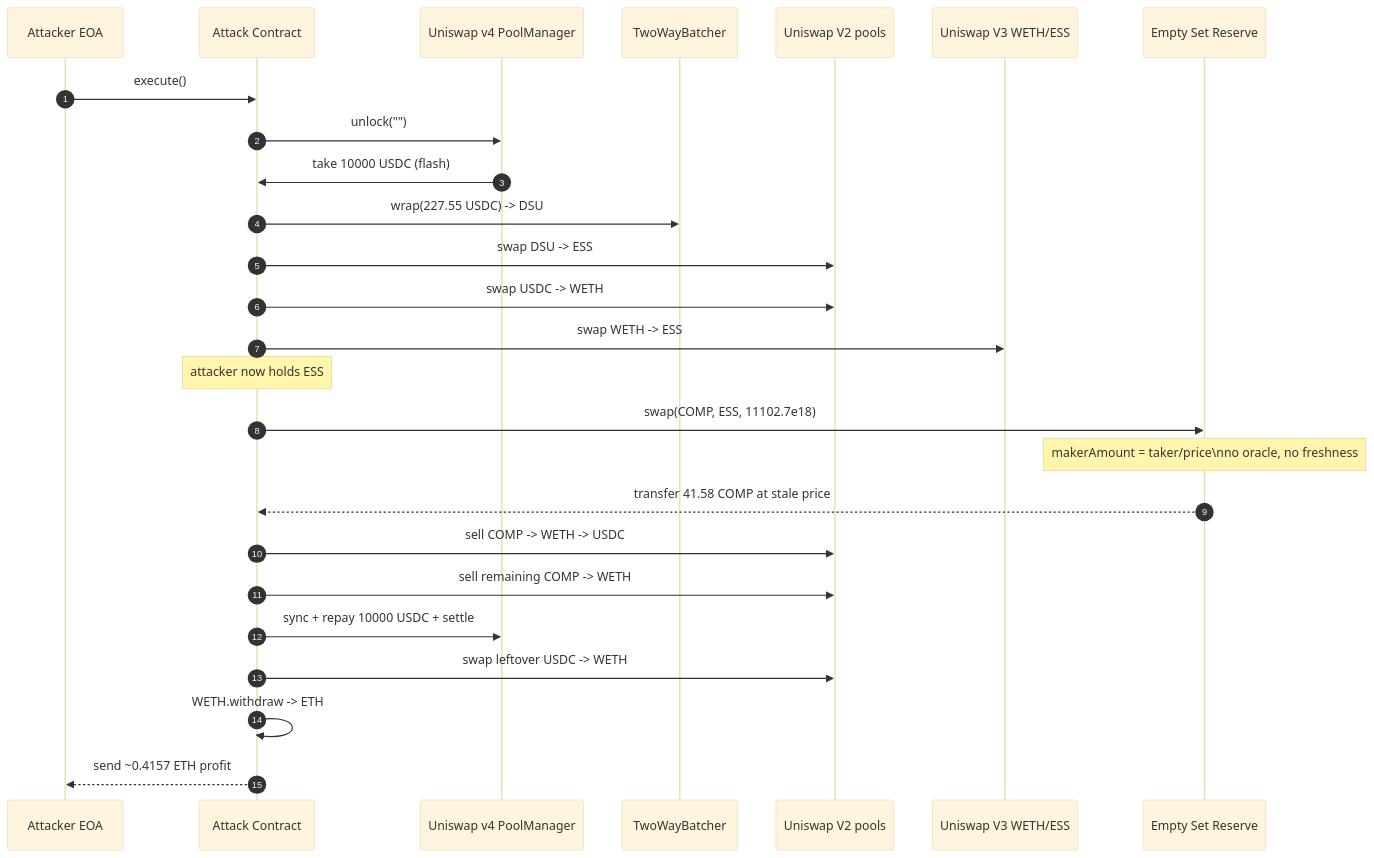
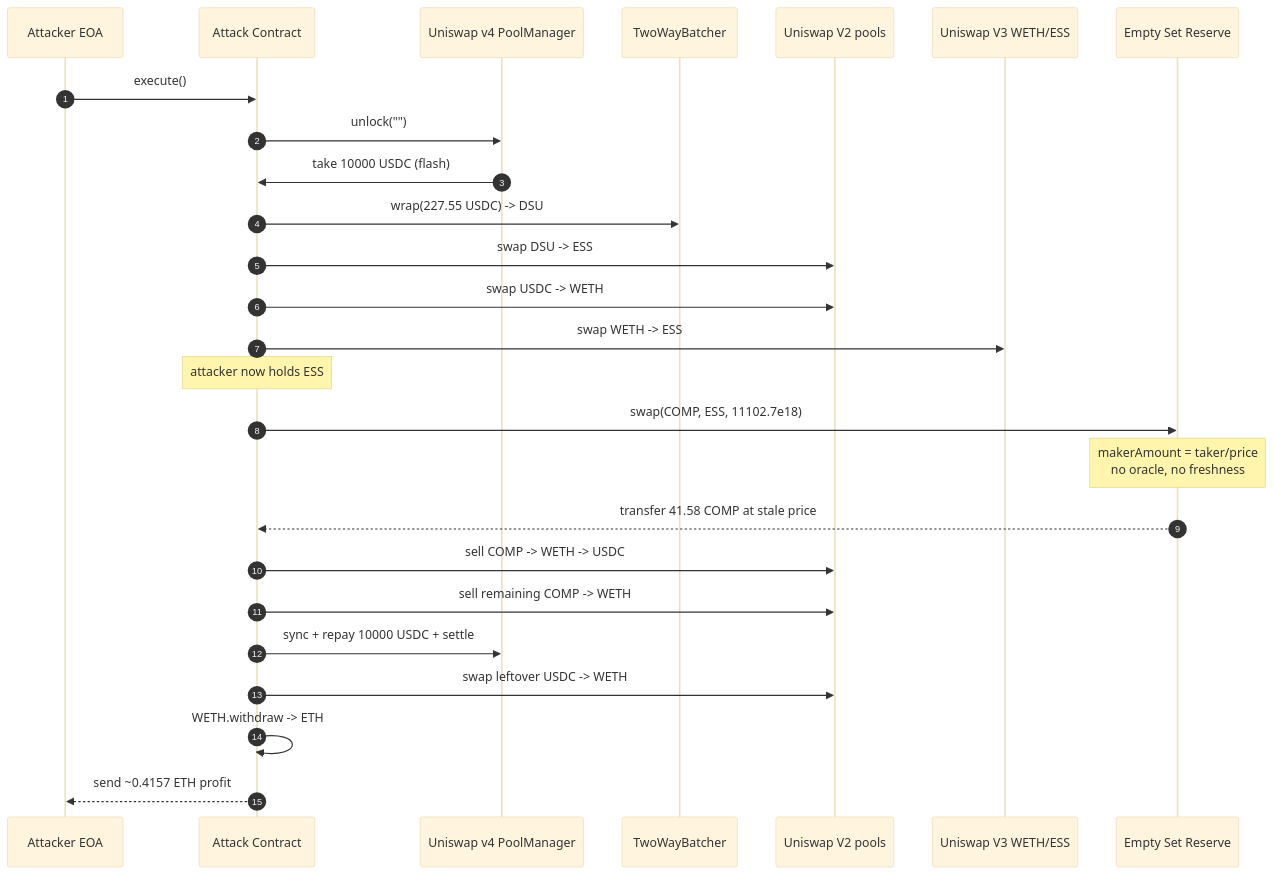
Before and after one commit to sanbir/evm-hack-registry: the first of 2 diagrams in 2025-07-EmptySetReserve_exp/EmptySetReserve_exp.md, drawn with Mermaid (base theme). The commit also changed other lines of this file and 280 other files, not shown here.

Commit message:
mermaid fixes

````diff
--- a/2025-07-EmptySetReserve_exp/EmptySetReserve_exp.md
+++ b/2025-07-EmptySetReserve_exp/EmptySetReserve_exp.md
@@ -120,29 +120,29 @@
 ```mermaid
 sequenceDiagram
     autonumber
     participant A as Attacker EOA
     participant C as Attack Contract
     participant PM as Uniswap v4 PoolManager
     participant B as TwoWayBatcher
     participant V2 as Uniswap V2 pools
     participant V3 as Uniswap V3 WETH/ESS
     participant R as Empty Set Reserve
 
     A->>C: execute()
     C->>PM: unlock("")
     PM->>C: take 10000 USDC (flash)
     C->>B: wrap(227.55 USDC) -> DSU
     C->>V2: swap DSU -> ESS
     C->>V2: swap USDC -> WETH
     C->>V3: swap WETH -> ESS
     Note over C: attacker now holds ESS
     C->>R: swap(COMP, ESS, 11102.7e18)
-    Note over R: makerAmount = taker/price\nno oracle, no freshness
+    Note over R: makerAmount = taker/price<br/>no oracle, no freshness
     R-->>C: transfer 41.58 COMP at stale price
     C->>V2: sell COMP -> WETH -> USDC
     C->>V2: sell remaining COMP -> WETH
     C->>PM: sync + repay 10000 USDC + settle
     C->>V2: swap leftover USDC -> WETH
     C->>C: WETH.withdraw -> ETH
     C-->>A: send ~0.4157 ETH profit
 ```
````
